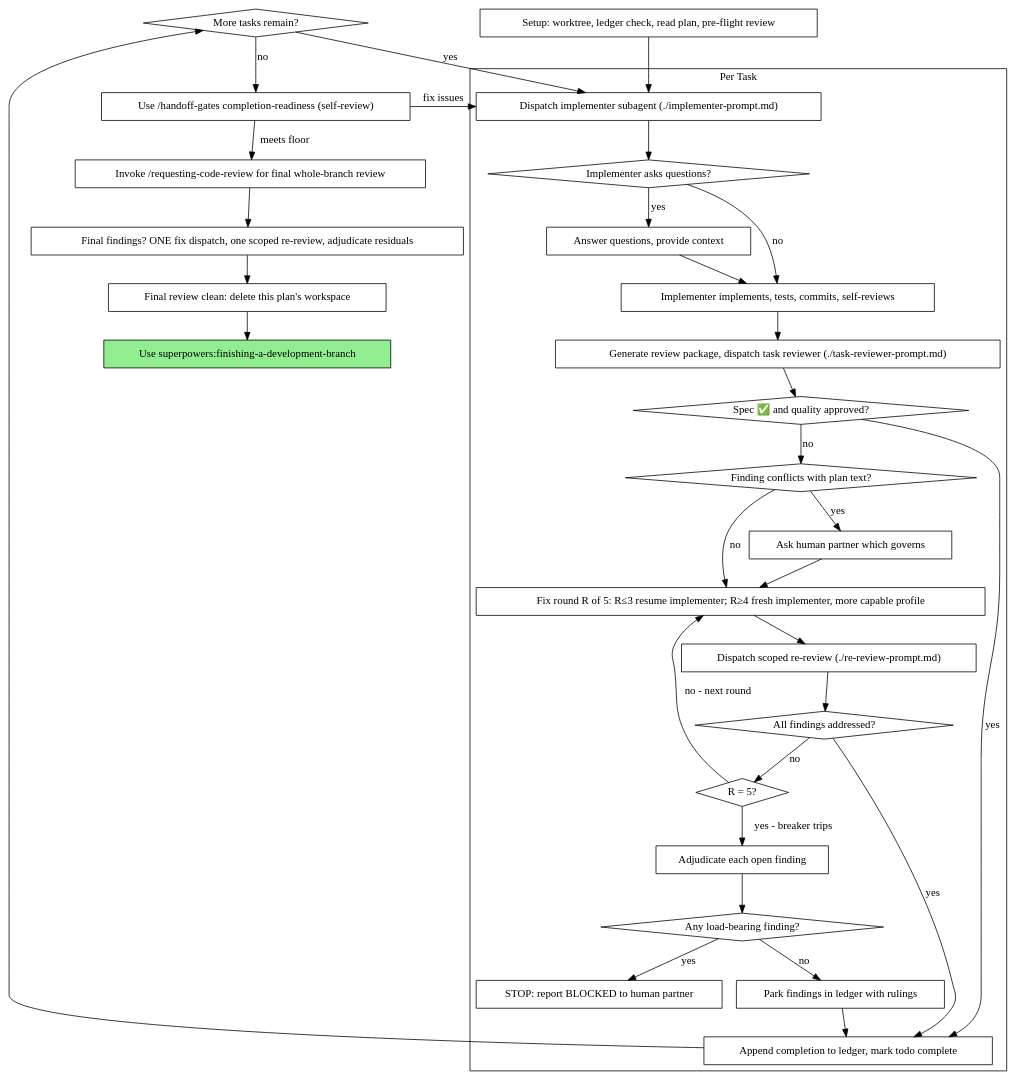
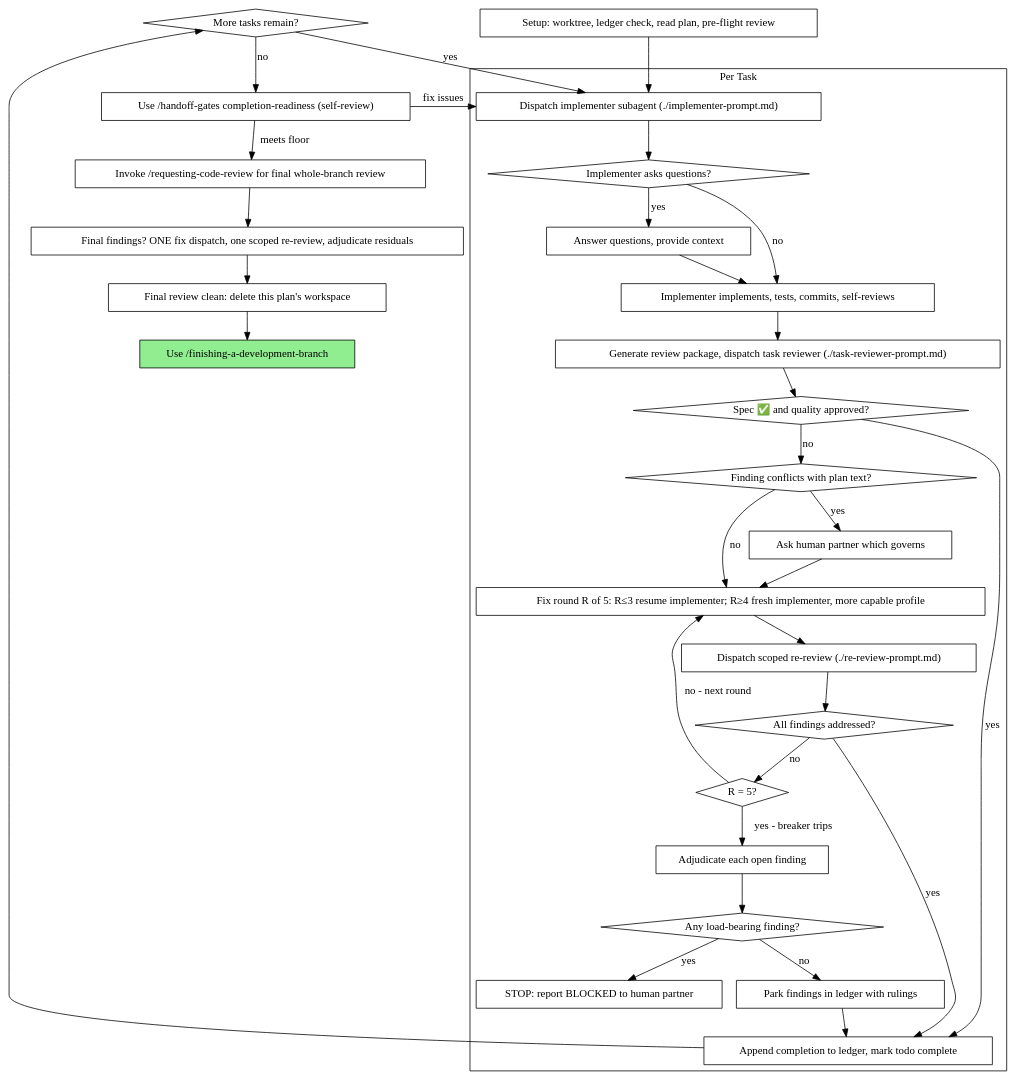
Before and after one commit to HarleyBartles/agent-asset-marketplace: the second of 2 diagrams in sources/first_party/skills/subagent-driven-development/SKILL.md, drawn with Graphviz. The commit also changed other lines of this file and 64 other files, not shown here.

````diff
--- a/sources/first_party/skills/subagent-driven-development/SKILL.md
+++ b/sources/first_party/skills/subagent-driven-development/SKILL.md
@@ -77,65 +77,65 @@
 ```dot
 digraph process {
     rankdir=TB;
 
     subgraph cluster_per_task {
         label="Per Task";
         "Dispatch implementer subagent (./implementer-prompt.md)" [shape=box];
         "Implementer asks questions?" [shape=diamond];
         "Answer questions, provide context" [shape=box];
         "Implementer implements, tests, commits, self-reviews" [shape=box];
         "Generate review package, dispatch task reviewer (./task-reviewer-prompt.md)" [shape=box];
         "Spec ✅ and quality approved?" [shape=diamond];
         "Finding conflicts with plan text?" [shape=diamond];
         "Ask human partner which governs" [shape=box];
         "Fix round R of 5: R≤3 resume implementer; R≥4 fresh implementer, more capable profile" [shape=box];
         "Dispatch scoped re-review (./re-review-prompt.md)" [shape=box];
         "All findings addressed?" [shape=diamond];
         "R = 5?" [shape=diamond];
         "Adjudicate each open finding" [shape=box];
         "Any load-bearing finding?" [shape=diamond];
         "STOP: report BLOCKED to human partner" [shape=box];
         "Park findings in ledger with rulings" [shape=box];
         "Append completion to ledger, mark todo complete" [shape=box];
     }
 
     "Setup: worktree, ledger check, read plan, pre-flight review" [shape=box];
     "More tasks remain?" [shape=diamond];
     "Use /handoff-gates completion-readiness (self-review)" [shape=box];
     "Invoke /requesting-code-review for final whole-branch review" [shape=box];
     "Final findings? ONE fix dispatch, one scoped re-review, adjudicate residuals" [shape=box];
     "Final review clean: delete this plan's workspace" [shape=box];
-    "Use superpowers:finishing-a-development-branch" [shape=box style=filled fillcolor=lightgreen];
+    "Use /finishing-a-development-branch" [shape=box style=filled fillcolor=lightgreen];
 
     "Setup: worktree, ledger check, read plan, pre-flight review" -> "Dispatch implementer subagent (./implementer-prompt.md)";
     "Dispatch implementer subagent (./implementer-prompt.md)" -> "Implementer asks questions?";
     "Implementer asks questions?" -> "Answer questions, provide context" [label="yes"];
     "Answer questions, provide context" -> "Implementer implements, tests, commits, self-reviews";
     "Implementer asks questions?" -> "Implementer implements, tests, commits, self-reviews" [label="no"];
     "Implementer implements, tests, commits, self-reviews" -> "Generate review package, dispatch task reviewer (./task-reviewer-prompt.md)";
     "Generate review package, dispatch task reviewer (./task-reviewer-prompt.md)" -> "Spec ✅ and quality approved?";
     "Spec ✅ and quality approved?" -> "Append completion to ledger, mark todo complete" [label="yes"];
     "Spec ✅ and quality approved?" -> "Finding conflicts with plan text?" [label="no"];
     "Finding conflicts with plan text?" -> "Ask human partner which governs" [label="yes"];
     "Ask human partner which governs" -> "Fix round R of 5: R≤3 resume implementer; R≥4 fresh implementer, more capable profile";
     "Finding conflicts with plan text?" -> "Fix round R of 5: R≤3 resume implementer; R≥4 fresh implementer, more capable profile" [label="no"];
     "Fix round R of 5: R≤3 resume implementer; R≥4 fresh implementer, more capable profile" -> "Dispatch scoped re-review (./re-review-prompt.md)";
     "Dispatch scoped re-review (./re-review-prompt.md)" -> "All findings addressed?";
     "All findings addressed?" -> "Append completion to ledger, mark todo complete" [label="yes"];
     "All findings addressed?" -> "R = 5?" [label="no"];
     "R = 5?" -> "Fix round R of 5: R≤3 resume implementer; R≥4 fresh implementer, more capable profile" [label="no - next round"];
     "R = 5?" -> "Adjudicate each open finding" [label="yes - breaker trips"];
     "Adjudicate each open finding" -> "Any load-bearing finding?";
     "Any load-bearing finding?" -> "STOP: report BLOCKED to human partner" [label="yes"];
     "Any load-bearing finding?" -> "Park findings in ledger with rulings" [label="no"];
     "Park findings in ledger with rulings" -> "Append completion to ledger, mark todo complete";
     "Append completion to ledger, mark todo complete" -> "More tasks remain?";
     "More tasks remain?" -> "Dispatch implementer subagent (./implementer-prompt.md)" [label="yes"];
     "More tasks remain?" -> "Use /handoff-gates completion-readiness (self-review)" [label="no"];
     "Use /handoff-gates completion-readiness (self-review)" -> "Invoke /requesting-code-review for final whole-branch review" [label="meets floor"];
     "Use /handoff-gates completion-readiness (self-review)" -> "Dispatch implementer subagent (./implementer-prompt.md)" [label="fix issues"];
     "Invoke /requesting-code-review for final whole-branch review" -> "Final findings? ONE fix dispatch, one scoped re-review, adjudicate residuals";
     "Final findings? ONE fix dispatch, one scoped re-review, adjudicate residuals" -> "Final review clean: delete this plan's workspace";
-    "Final review clean: delete this plan's workspace" -> "Use superpowers:finishing-a-development-branch";
+    "Final review clean: delete this plan's workspace" -> "Use /finishing-a-development-branch";
 }
 ```
````
